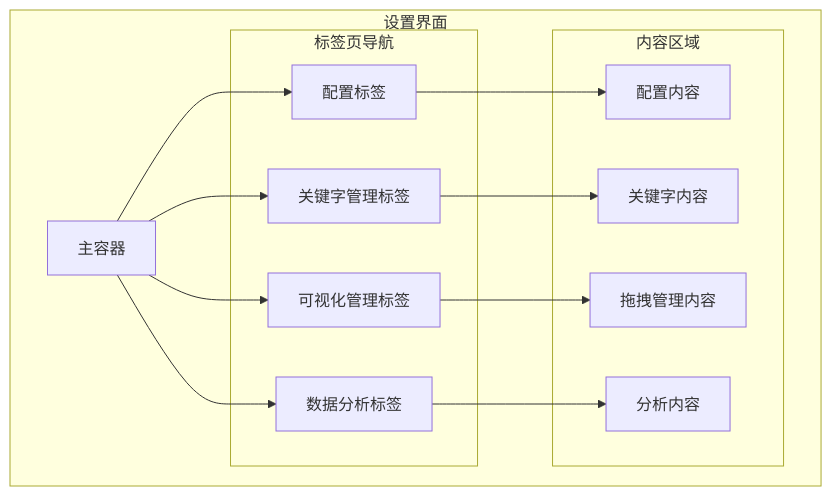
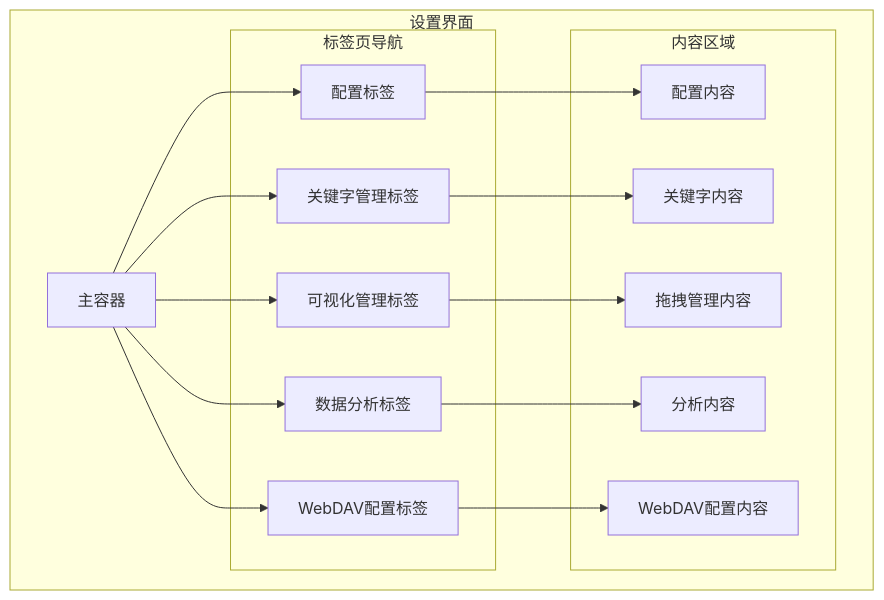
Before and after one commit to RadiumAg/bilibili-favorites: the fifth of 16 diagrams in .qoder/repowiki/zh/content/Accessibility Enhancements.md, drawn with Mermaid. The commit also changed other lines of this file and 10 other files, not shown here.

````diff
--- a/.qoder/repowiki/zh/content/Accessibility Enhancements.md
+++ b/.qoder/repowiki/zh/content/Accessibility Enhancements.md
@@ -304,26 +332,30 @@
 ```mermaid
 graph TB
 subgraph "设置界面"
 Container[主容器]
 subgraph "标签页导航"
 SettingTab[配置标签]
 KeywordTab[关键字管理标签]
 DragTab[可视化管理标签]
 AnalysisTab[数据分析标签]
+WebDAVTab[WebDAV配置标签]
 end
 subgraph "内容区域"
 SettingContent[配置内容]
 KeywordContent[关键字内容]
 DragContent[拖拽管理内容]
 AnalysisContent[分析内容]
+WebDAVContent[WebDAV配置内容]
 end
 end
 Container --> SettingTab
 Container --> KeywordTab
 Container --> DragTab
 Container --> AnalysisTab
+Container --> WebDAVTab
 SettingTab --> SettingContent
 KeywordTab --> KeywordContent
 DragTab --> DragContent
 AnalysisTab --> AnalysisContent
+WebDAVTab --> WebDAVContent
 ```
````
